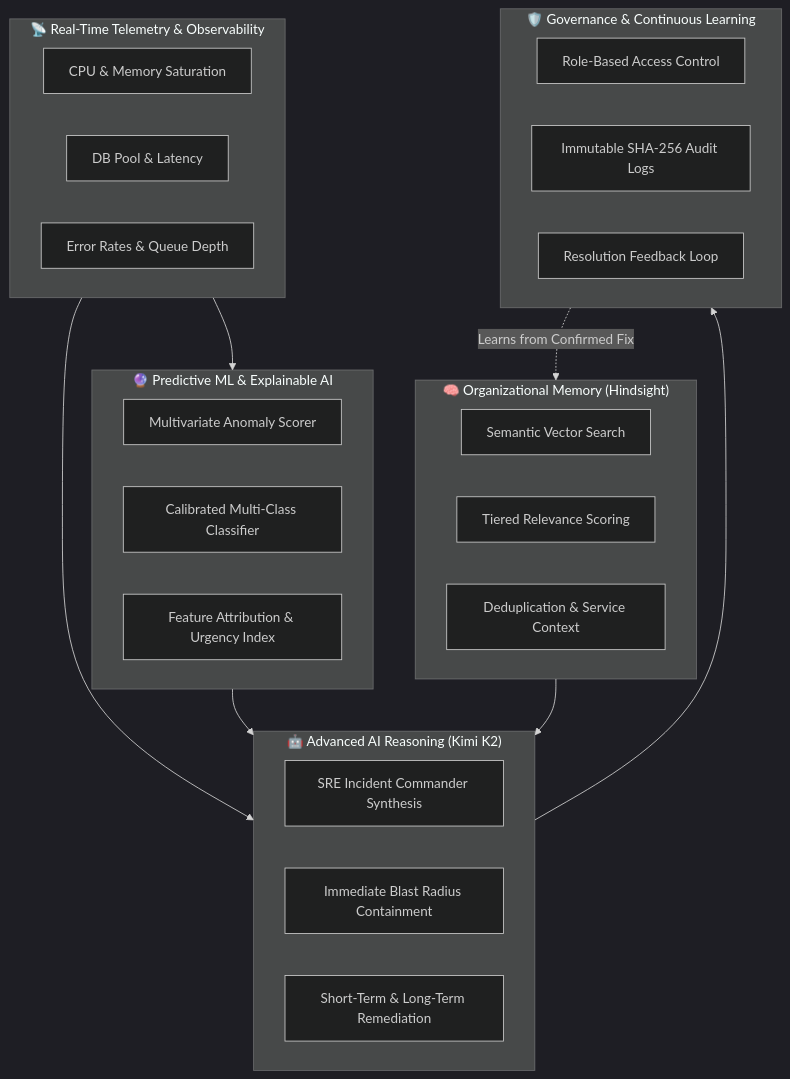
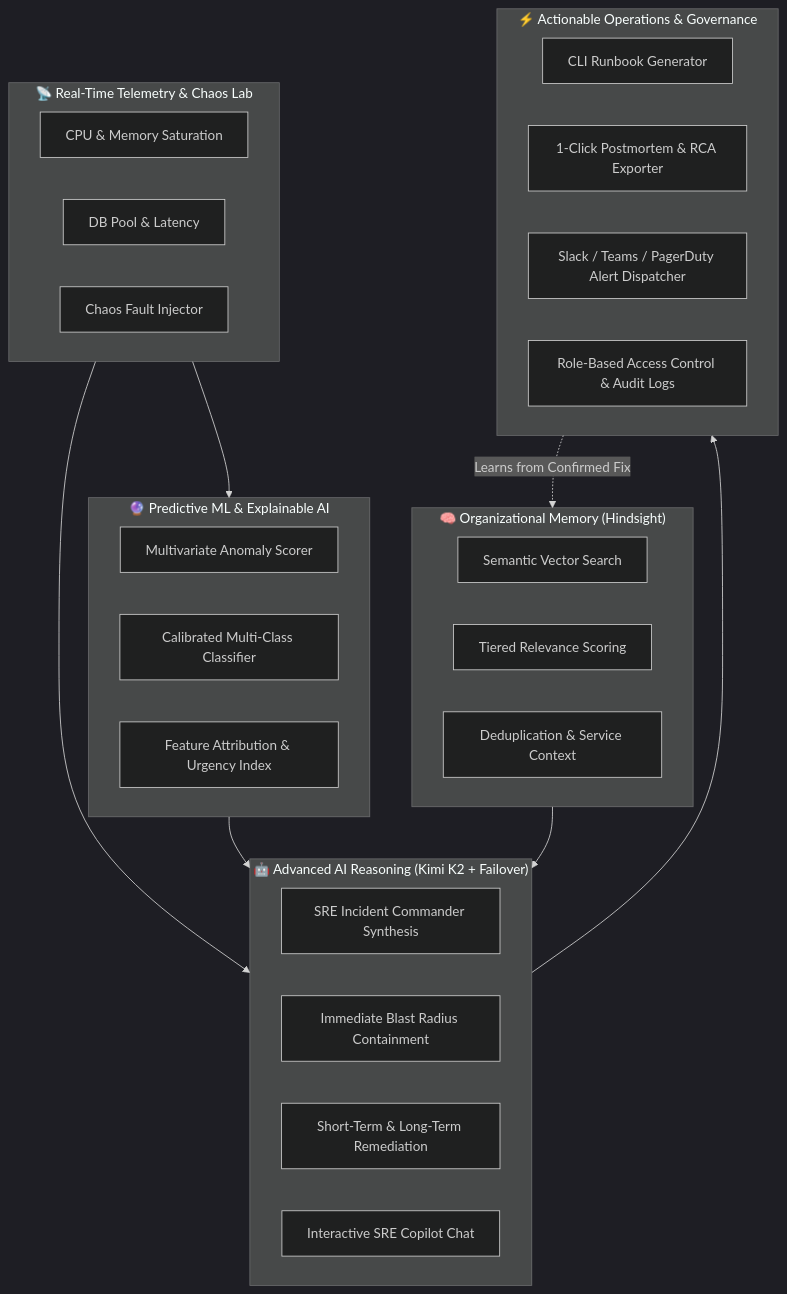
Before and after one commit to Tejwin-linto-ee/hindsight-incident-response-agent: the diagram in README.md, drawn with Mermaid (dark theme). The commit also changed other lines of this file and 11 other files, not shown here.

Commit message:
feat: implement enterprise SRE suite with Runbooks, RCA Exporter, Copilot Chat, Chaos Lab, and Resilient Multi-Model Failover

````diff
--- a/README.md
+++ b/README.md
@@ -30,39 +31,41 @@
 ```mermaid
 flowchart TD
-    subgraph INGESTION ["📡 Real-Time Telemetry & Observability"]
+    subgraph INGESTION ["📡 Real-Time Telemetry & Chaos Lab"]
         T1[CPU & Memory Saturation]
         T2[DB Pool & Latency]
-        T3[Error Rates & Queue Depth]
+        T3[Chaos Fault Injector]
     end
 
     subgraph ML_ENGINE ["🔮 Predictive ML & Explainable AI"]
         X1[Multivariate Anomaly Scorer]
         X2[Calibrated Multi-Class Classifier]
         X3[Feature Attribution & Urgency Index]
     end
 
     subgraph MEMORY_ENGINE ["🧠 Organizational Memory (Hindsight)"]
         H1[Semantic Vector Search]
         H2[Tiered Relevance Scoring]
         H3[Deduplication & Service Context]
     end
 
-    subgraph AI_TRIAGE ["🤖 Advanced AI Reasoning (Kimi K2)"]
+    subgraph AI_TRIAGE ["🤖 Advanced AI Reasoning (Kimi K2 + Failover)"]
         L1[SRE Incident Commander Synthesis]
         L2[Immediate Blast Radius Containment]
         L3[Short-Term & Long-Term Remediation]
+        L4[Interactive SRE Copilot Chat]
     end
 
-    subgraph GOVERNANCE ["🛡️ Governance & Continuous Learning"]
-        G1[Role-Based Access Control]
-        G2[Immutable SHA-256 Audit Logs]
-        G3[Resolution Feedback Loop]
+    subgraph OPERATIONS ["⚡ Actionable Operations & Governance"]
+        O1[CLI Runbook Generator]
+        O2[1-Click Postmortem & RCA Exporter]
+        O3[Slack / Teams / PagerDuty Alert Dispatcher]
+        O4[Role-Based Access Control & Audit Logs]
     end
 
     INGESTION --> ML_ENGINE
     INGESTION --> AI_TRIAGE
     ML_ENGINE --> AI_TRIAGE
     MEMORY_ENGINE --> AI_TRIAGE
-    AI_TRIAGE --> GOVERNANCE
-    GOVERNANCE -.->|Learns from Confirmed Fix| MEMORY_ENGINE
+    AI_TRIAGE --> OPERATIONS
+    OPERATIONS -.->|Learns from Confirmed Fix| MEMORY_ENGINE
 ```
````
